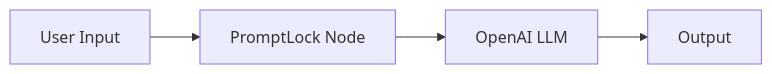
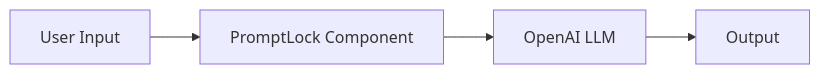
The diagram in README.md (PromptLock/promptlock-retool), drawn with Mermaid before and after one commit. The commit also changed other lines of this file, not shown here.

````diff
--- a/README.md
+++ b/README.md
@@ -39,6 +39,6 @@
 ```mermaid
 graph LR
-    A[User Input] --> B[PromptLock Node]
+    A[User Input] --> B[PromptLock Component]
     B --> C[OpenAI LLM]
     C --> D[Output]
 ```
````
